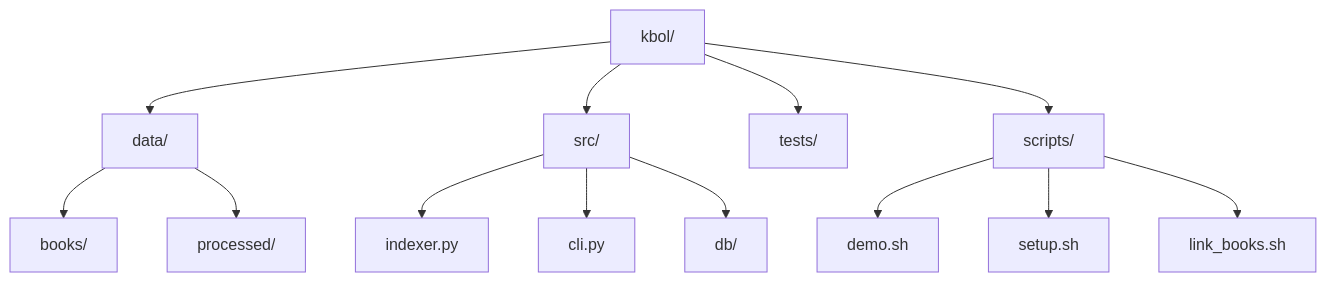
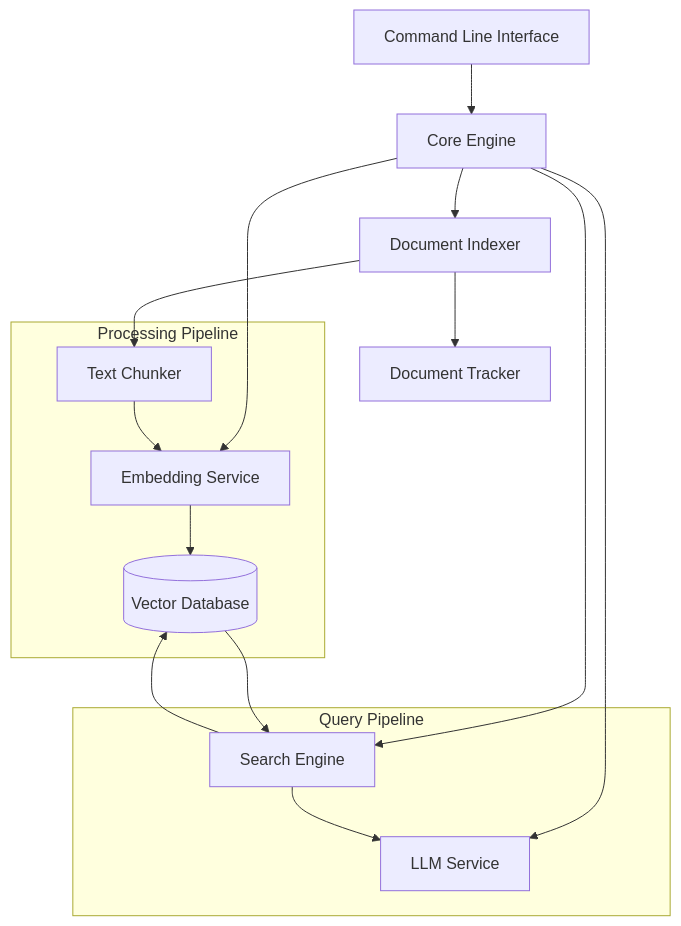
Before and after one commit to defrecord/kbol: the second of 3 diagrams in README.org, drawn with Mermaid.

Commit message:
docs: update component diagram to show actual system components and pipelines

```diff
--- a/README.org
+++ b/README.org
@@ -22,18 +22,23 @@
 #+begin_src mermaid :file doc/images/structure.png
 graph TD
-    Root[kbol/] --> Data[data/]
-    Root --> Src[src/]
-    Root --> Tests[tests/]
-    Root --> Scripts[scripts/]
+    CLI[Command Line Interface] --> Core[Core Engine]
+    Core --> Indexer[Document Indexer]
+    Core --> Search[Search Engine]
+    Core --> Embedder[Embedding Service]
+    Core --> LLM[LLM Service]
     
-    Data --> Books[books/]
-    Data --> Processed[processed/]
+    Indexer --> Chunker[Text Chunker]
+    Indexer --> DocTracker[Document Tracker]
     
-    Src --> Indexer[indexer.py]
-    Src --> CLI[cli.py]
-    Src --> DB[db/]
+    Search --> DB[(Vector Database)]
     
-    Scripts --> Demo[demo.sh]
-    Scripts --> Setup[setup.sh]
-    Scripts --> Link[link_books.sh]
+    subgraph Processing Pipeline
+        Chunker --> Embedder
+        Embedder --> DB
+    end
+    
+    subgraph Query Pipeline
+        Search --> LLM
+        DB --> Search
+    end
 #+end_src
```
